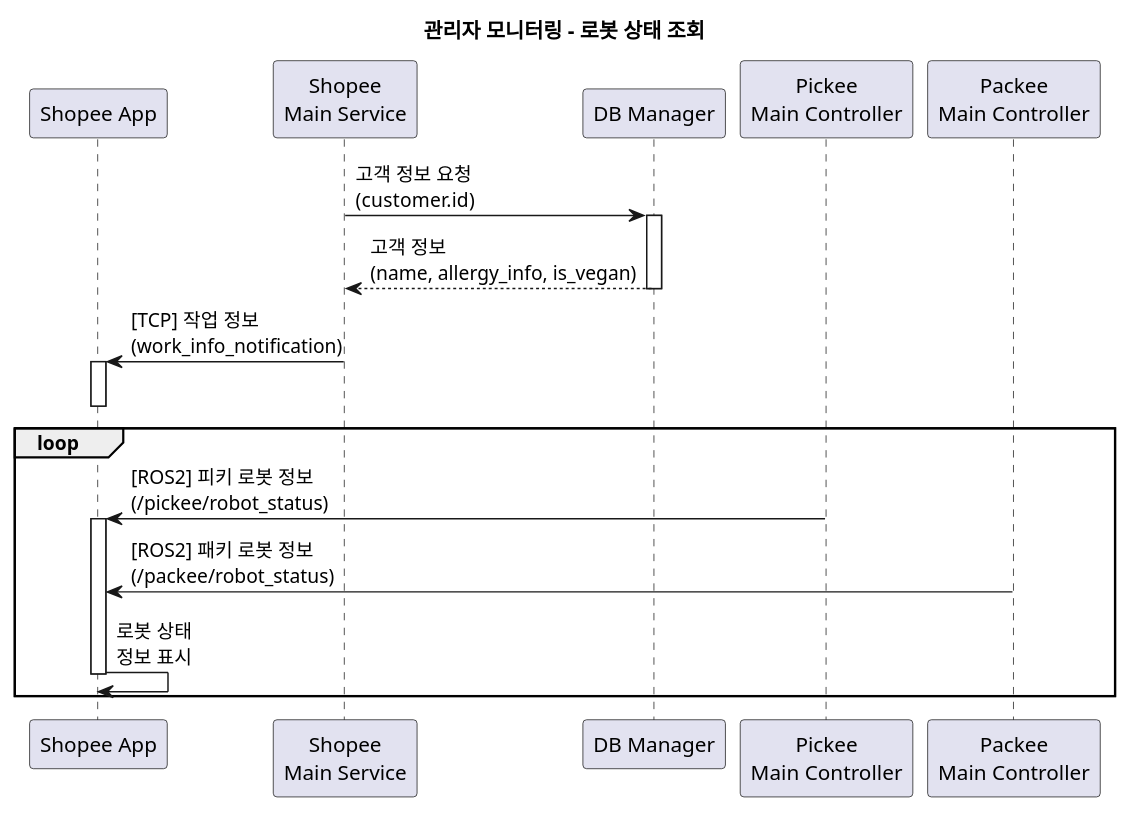
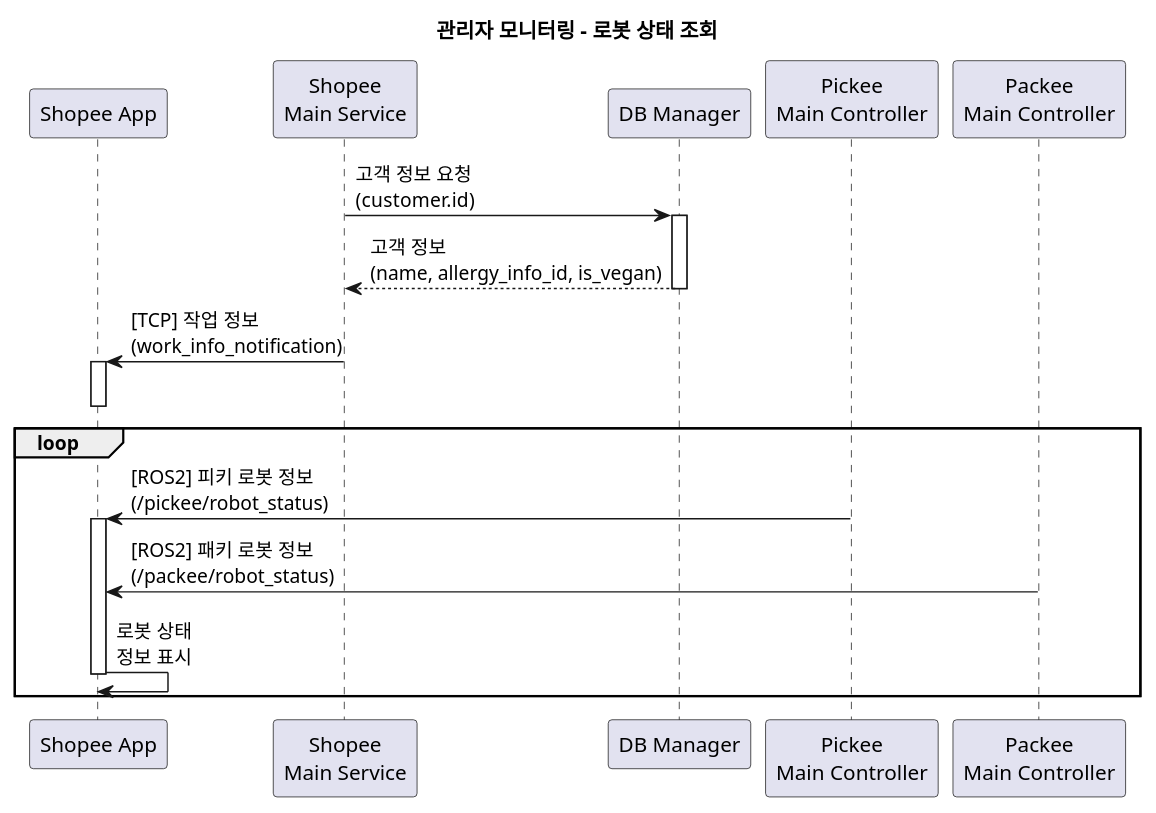
The diagram in docs/SequenceDiagram/SC_05_1_4.md (addinedu-roscamp-7th/roscamp-repo-1), drawn with PlantUML before and after one commit. The commit also changed 12 other files, not shown here.

```diff
--- a/docs/SequenceDiagram/SC_05_1_4.md
+++ b/docs/SequenceDiagram/SC_05_1_4.md
@@ -1,29 +1,29 @@
 @startuml
 title 관리자 모니터링 - 로봇 상태 조회
 participant "Shopee App" as app
 participant "Shopee\nMain Service" as shopee
 participant "DB Manager" as db
 participant "Pickee\nMain Controller" as pickee
 participant "Packee\nMain Controller" as packee
 
 shopee -> db: 고객 정보 요청\n(customer.id)
 activate db
 
-db --> shopee: 고객 정보\n(name, allergy_info, is_vegan)
+db --> shopee: 고객 정보\n(name, allergy_info_id, is_vegan)
 deactivate db
 
 shopee -> app: [TCP] 작업 정보\n(work_info_notification)
 activate app
 deactivate app
 
 loop
     pickee -> app: [ROS2] 피키 로봇 정보\n(/pickee/robot_status)
     activate app
     
     packee -> app: [ROS2] 패키 로봇 정보\n(/packee/robot_status)
     
     app -> app: 로봇 상태\n정보 표시
     deactivate app
 end
 
 @enduml
```
